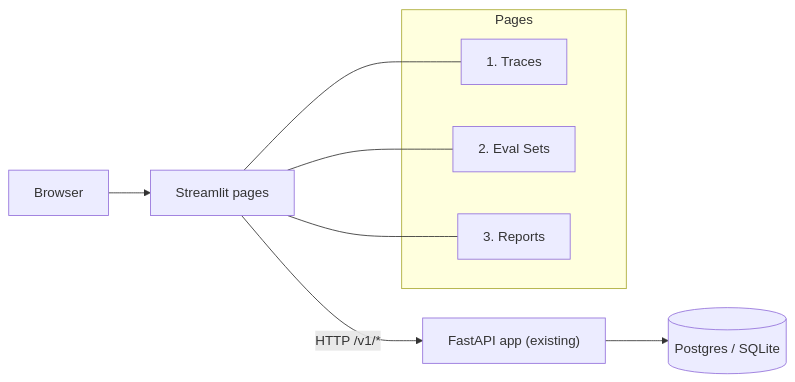
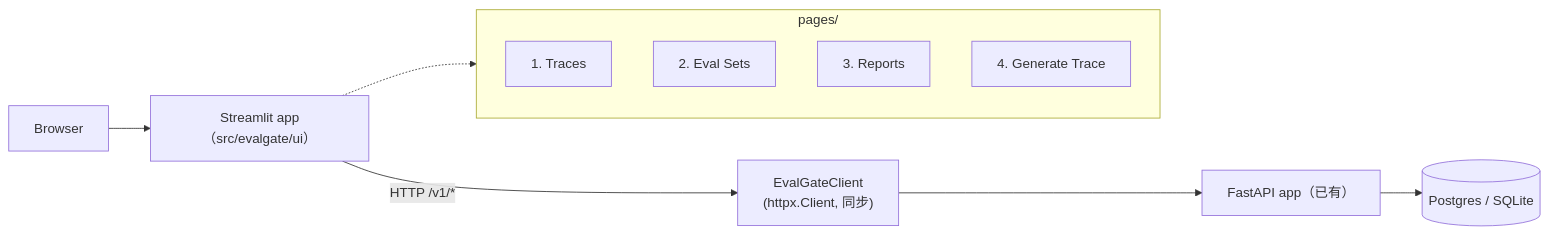
Before and after one commit to AndyUneducated/eval-gate: the first of 2 diagrams in docs/PHASE_11_PLAN.md, drawn with Mermaid. The commit also changed other lines of this file and 16 other files, not shown here.

First line of the commit message:
docs: add diagrams and tech-selection rationale to README and phase plans

````diff
--- a/docs/PHASE_11_PLAN.md
+++ b/docs/PHASE_11_PLAN.md
@@ -17,14 +11,14 @@
 ```mermaid
 flowchart LR
-  User["Browser"] --> UI["Streamlit pages"]
-  UI -->|"HTTP /v1/*"| API["FastAPI app (existing)"]
+  User["Browser"] --> UI["Streamlit app（src/evalgate/ui）"]
+  UI -->|"HTTP /v1/*"| Client["EvalGateClient<br/>(httpx.Client, 同步)"]
+  Client --> API["FastAPI app（已有）"]
   API --> DB[("Postgres / SQLite")]
-  subgraph Pages
+  subgraph Pages["pages/"]
     P1["1. Traces"]
     P2["2. Eval Sets"]
     P3["3. Reports"]
+    P4["4. Generate Trace"]
   end
-  UI --- P1
-  UI --- P2
-  UI --- P3
+  UI -.-> Pages
 ```
````
